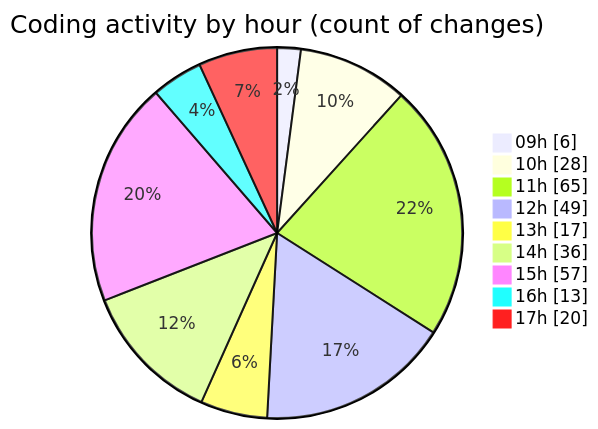
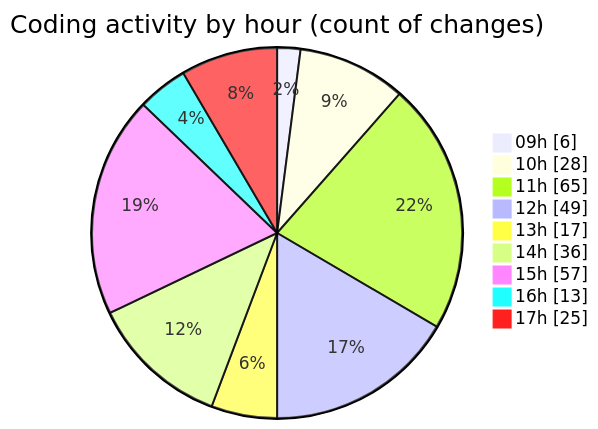
Before and after one commit to momahboobian/code-tracking: the second of 2 diagrams in 2025-03-27/cda/README.md, drawn with Mermaid. The commit also changed other lines of this file and 1 other file, not shown here.

````diff
--- a/2025-03-27/cda/README.md
+++ b/2025-03-27/cda/README.md
@@ -33,13 +34,13 @@
 ```mermaid
 pie showData
 title Coding activity by hour (count of changes)
 "09h" : 6
 "10h" : 28
 "11h" : 65
 "12h" : 49
 "13h" : 17
 "14h" : 36
 "15h" : 57
 "16h" : 13
-"17h" : 20
+"17h" : 25
 ```
````
